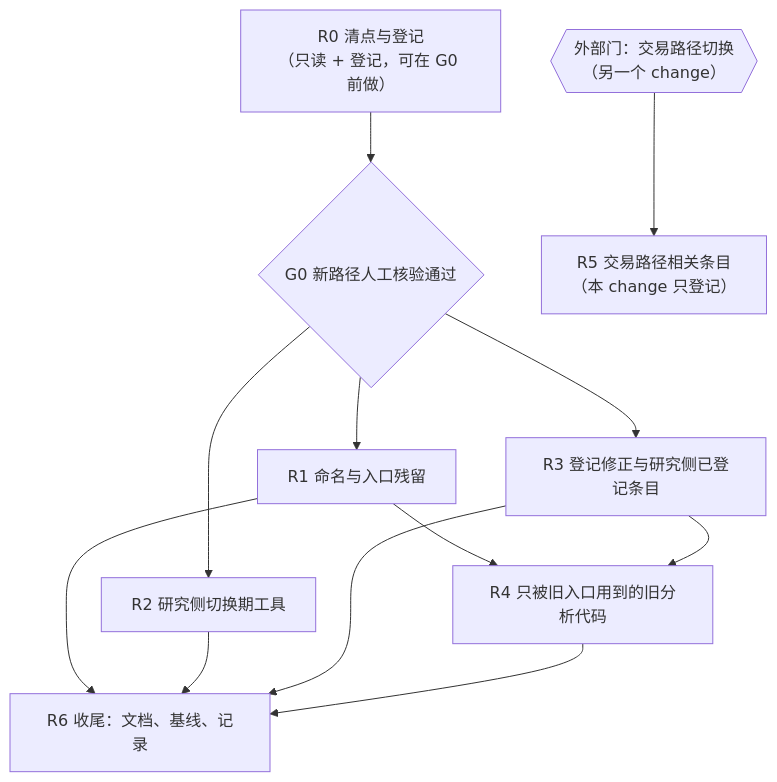
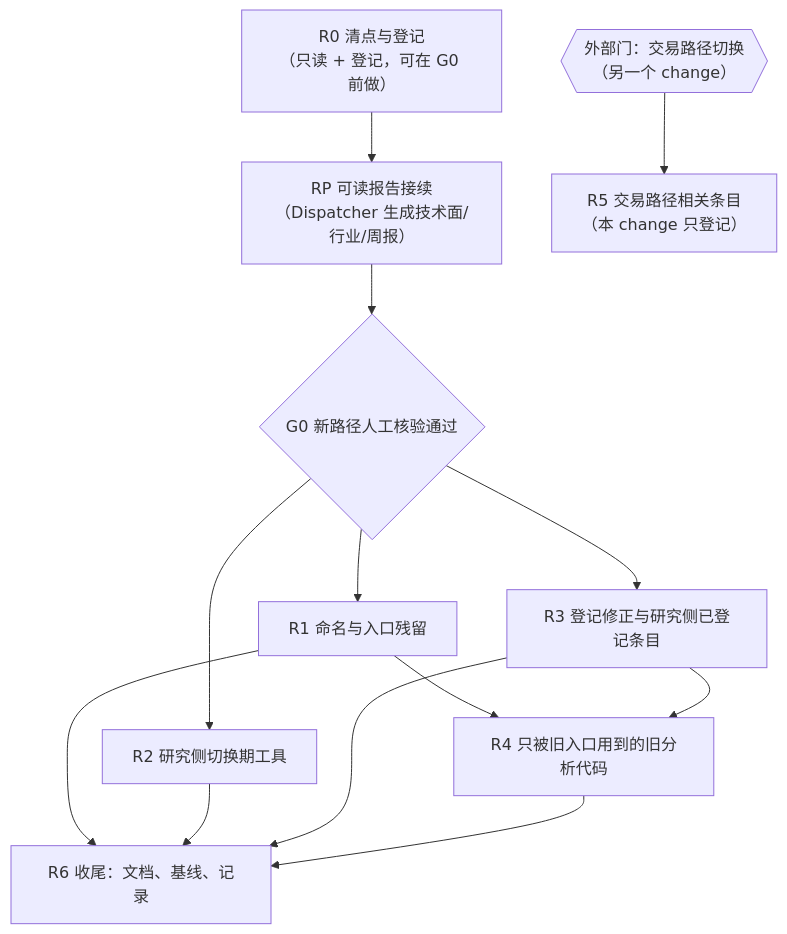
Before and after one commit to BradLeon/auto_stock_trading_agents: the diagram in openspec/changes/retire-legacy-and-migration-tooling/design.md, drawn with Mermaid. The commit also changed other lines of this file and 2 other files, not shown here.

````diff
--- a/openspec/changes/retire-legacy-and-migration-tooling/design.md
+++ b/openspec/changes/retire-legacy-and-migration-tooling/design.md
@@ -82,18 +82,19 @@
 ```mermaid
 flowchart TD
     R0["R0 清点与登记<br/>（只读 + 登记，可在 G0 前做）"]
+    RP["RP 可读报告接续<br/>（Dispatcher 生成技术面/行业/周报）"]
     G0{"G0 新路径人工核验通过"}
     R1["R1 命名与入口残留"]
     R2["R2 研究侧切换期工具"]
     R3["R3 登记修正与研究侧已登记条目"]
     R4["R4 只被旧入口用到的旧分析代码"]
     R6["R6 收尾：文档、基线、记录"]
     TP{{"外部门：交易路径切换<br/>（另一个 change）"}}
     R5["R5 交易路径相关条目<br/>（本 change 只登记）"]
-    R0 --> G0
+    R0 --> RP --> G0
     G0 --> R1 & R2 & R3
     R1 --> R4
     R3 --> R4
     R1 & R2 & R3 & R4 --> R6
     TP --> R5
 ```
````
